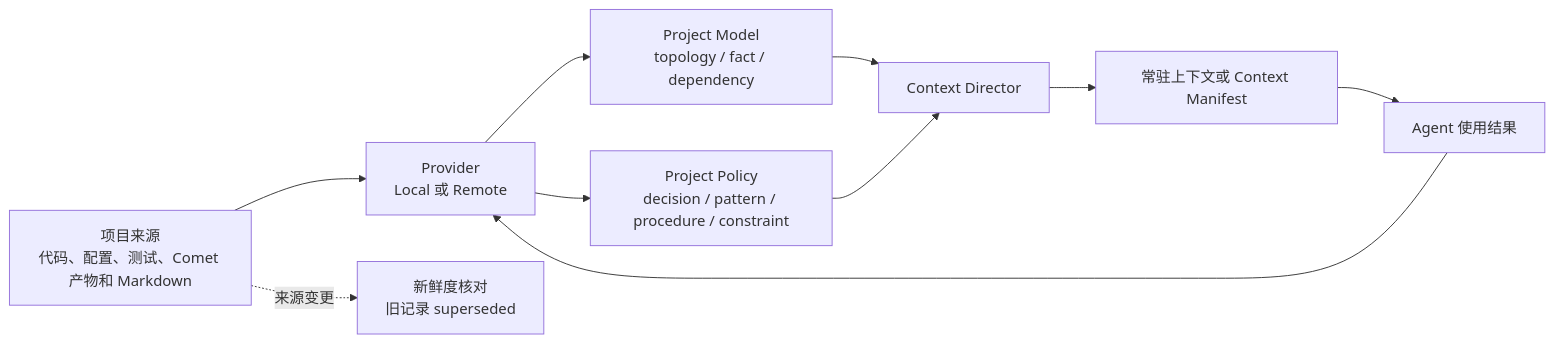
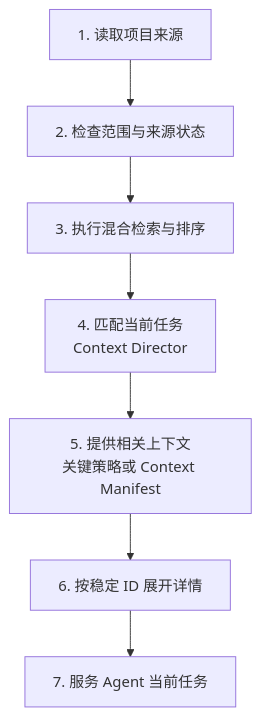
The diagram in zh/plugins/project-rules.mdx (rpamis/comet-website-docs), drawn with Mermaid before and after one commit. The commit also changed other lines of this file and 158 other files, not shown here.

````diff
--- a/zh/plugins/project-rules.mdx
+++ b/zh/plugins/project-rules.mdx
@@ -48,12 +164,9 @@
 ```mermaid
-flowchart LR
-  S["项目来源\n代码、配置、测试、Comet 产物和 Markdown"] --> I["Provider\nLocal 或 Remote"]
-  I --> M["Project Model\ntopology / fact / dependency"]
-  I --> P["Project Policy\ndecision / pattern / procedure / constraint"]
-  M --> D["Context Director"]
-  P --> D
-  D --> C["常驻上下文或 Context Manifest"]
-  C --> A["Agent 使用结果"]
-  A --> I
-  S -."来源变更".-> F["新鲜度核对\n旧记录 superseded"]
+flowchart TD
+  S["1. 读取项目来源"] --> F["2. 检查范围与来源状态"]
+  F --> R["3. 执行混合检索与排序"]
+  R --> C["4. 匹配当前任务<br/>Context Director"]
+  C --> K["5. 提供相关上下文<br/>关键策略或 Context Manifest"]
+  K --> E["6. 按稳定 ID 展开详情"]
+  E --> A["7. 服务 Agent 当前任务"]
 ```
````
